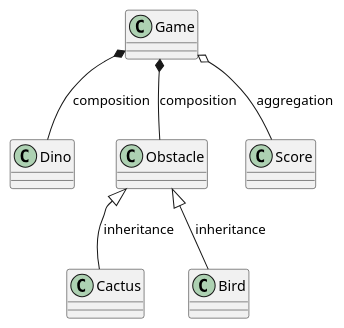
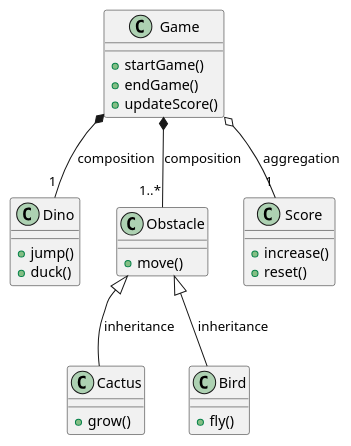
The diagram in docs/DinoChrome.puml (Chekezquiel12/Dinochrome), drawn with PlantUML before and after one commit. The commit also changed 1 other file, not shown here.

```diff
--- a/docs/DinoChrome.puml
+++ b/docs/DinoChrome.puml
@@ -1,16 +1,37 @@
 @startuml DinoChrome
-class Game
-class Dino
-class Obstacle
-class Cactus
-class Bird
-class Score
+class Game {
+  +startGame()
+  +endGame()
+  +updateScore()
+}
 
-Game *-- Dino : composition
-Game o-- Score : aggregation
-Game *-- Obstacle : composition
+class Dino {
+  +jump()
+  +duck()
+}
 
-Obstacle <|-- Cactus :inheritance
-Obstacle <|-- Bird :inheritance
+class Obstacle {
+  +move()
+}
+
+class Cactus {
+  +grow()
+}
+
+class Bird {
+  +fly()
+}
+
+class Score {
+  +increase()
+  +reset()
+}
+
+Game *-- "1" Dino : composition
+Game o-- "1" Score : aggregation
+Game *-- "1..*" Obstacle : composition
+
+Obstacle <|-- Cactus : inheritance
+Obstacle <|-- Bird : inheritance
 
 @enduml
```
